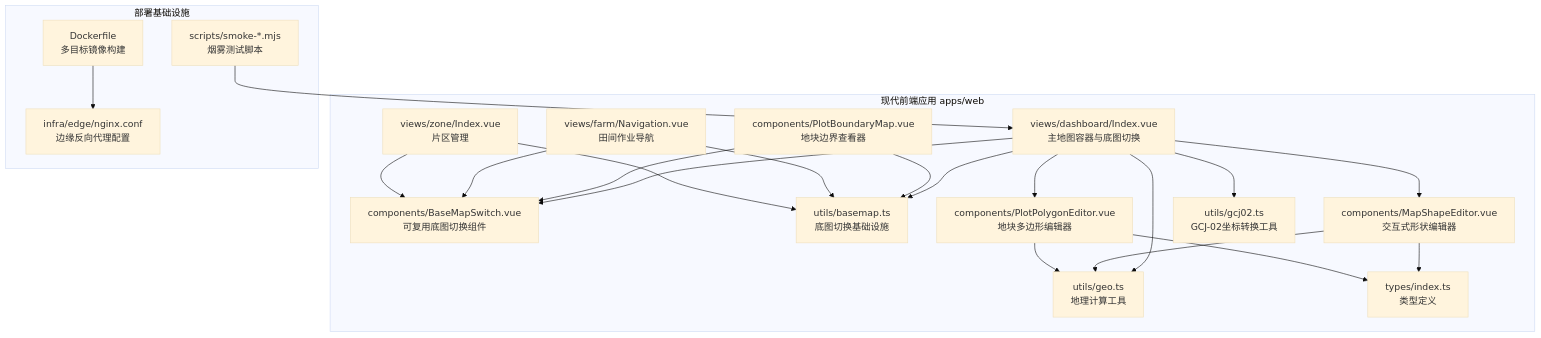
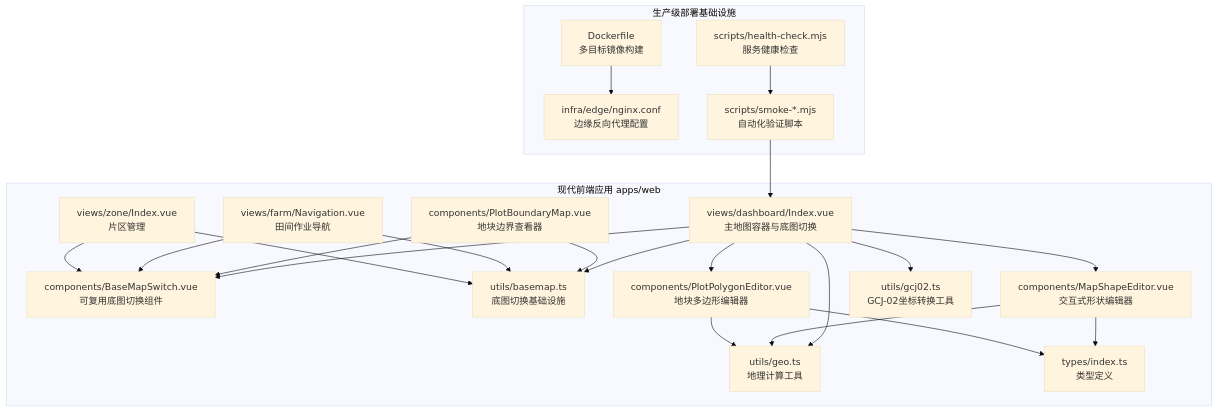
The first of 9 diagrams in .qoder/repowiki/zh/content/前端应用文档/地图可视化.md (q446328246/agri-platform), drawn with Mermaid (base theme) before and after one commit. The commit also changed other lines of this file and 3 other files, not shown here.

Commit message:
docs: 同步 repowiki 地图可视化与部署运维文档重生成结果

````diff
--- a/.qoder/repowiki/zh/content/前端应用文档/地图可视化.md
+++ b/.qoder/repowiki/zh/content/前端应用文档/地图可视化.md
@@ -62,39 +62,41 @@
 ```mermaid
 graph TB
 subgraph "现代前端应用 apps/web"
 Dashboard["views/dashboard/Index.vue<br/>主地图容器与底图切换"]
 BaseMapSwitch["components/BaseMapSwitch.vue<br/>可复用底图切换组件"]
 BasemapUtils["utils/basemap.ts<br/>底图切换基础设施"]
 PlotBoundaryMap["components/PlotBoundaryMap.vue<br/>地块边界查看器"]
 Navigation["views/farm/Navigation.vue<br/>田间作业导航"]
 ZoneIndex["views/zone/Index.vue<br/>片区管理"]
 ShapeEditor["components/MapShapeEditor.vue<br/>交互式形状编辑器"]
 PolygonEditor["components/PlotPolygonEditor.vue<br/>地块多边形编辑器"]
 GeoUtils["utils/geo.ts<br/>地理计算工具"]
 Gcj02Utils["utils/gcj02.ts<br/>GCJ-02坐标转换工具"]
 Types["types/index.ts<br/>类型定义"]
 end
-subgraph "部署基础设施"
+subgraph "生产级部署基础设施"
 Dockerfile["Dockerfile<br/>多目标镜像构建"]
 NginxConf["infra/edge/nginx.conf<br/>边缘反向代理配置"]
-SmokeTests["scripts/smoke-*.mjs<br/>烟雾测试脚本"]
+SmokeTests["scripts/smoke-*.mjs<br/>自动化验证脚本"]
+HealthCheck["scripts/health-check.mjs<br/>服务健康检查"]
 end
 Dashboard --> BaseMapSwitch
 Dashboard --> BasemapUtils
 PlotBoundaryMap --> BaseMapSwitch
 PlotBoundaryMap --> BasemapUtils
 Navigation --> BaseMapSwitch
 Navigation --> BasemapUtils
 ZoneIndex --> BaseMapSwitch
 ZoneIndex --> BasemapUtils
 Dashboard --> ShapeEditor
 Dashboard --> PolygonEditor
 Dashboard --> GeoUtils
 Dashboard --> Gcj02Utils
 ShapeEditor --> GeoUtils
 PolygonEditor --> GeoUtils
 ShapeEditor --> Types
 PolygonEditor --> Types
 Dockerfile --> NginxConf
 SmokeTests --> Dashboard
+HealthCheck --> SmokeTests
 ```
````
